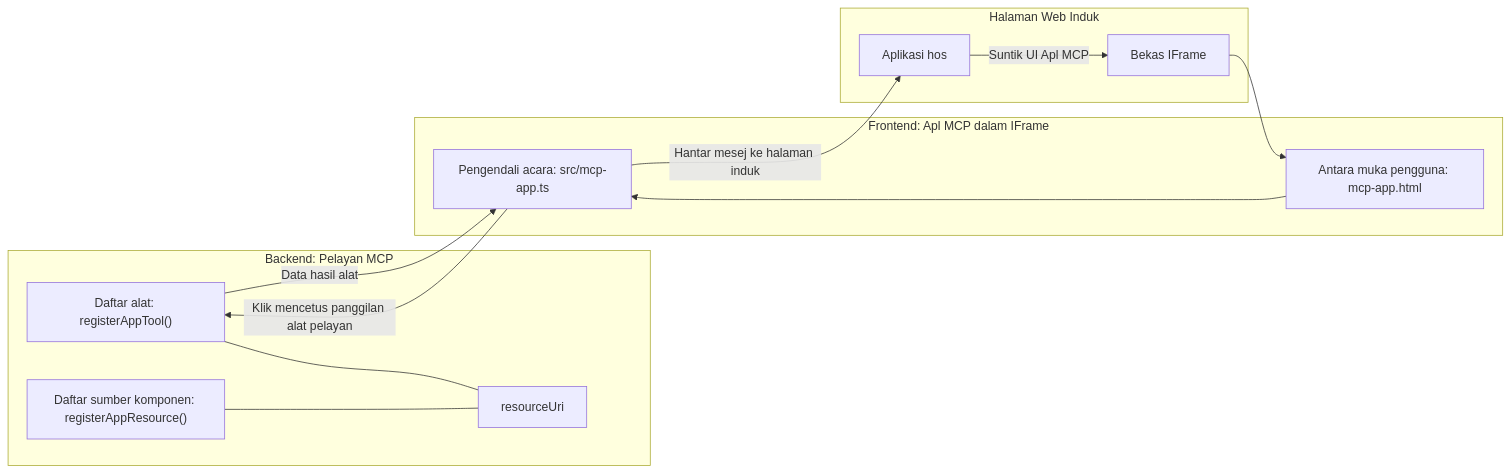
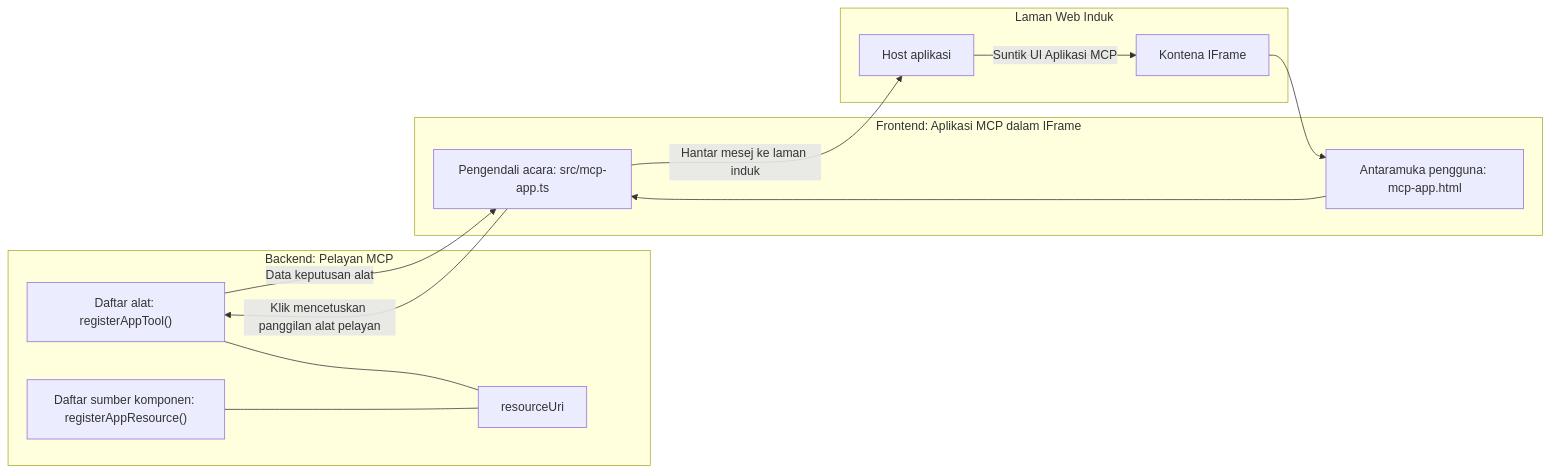
The diagram in mcp_ecosystem__model_context_protocol/mcp_learning_resources/mcp-for-beginners/translations/ms/03-GettingStarted/15-mcp-apps/README.md (HIDORAKAI002/ai-workspace-archive), drawn with Mermaid before and after one commit. The commit also changed other lines of this file and 1160 other files, not shown here.

````diff
--- a/mcp_ecosystem__model_context_protocol/mcp_learning_resources/mcp-for-beginners/translations/ms/03-GettingStarted/15-mcp-apps/README.md
+++ b/mcp_ecosystem__model_context_protocol/mcp_learning_resources/mcp-for-beginners/translations/ms/03-GettingStarted/15-mcp-apps/README.md
@@ -32,27 +32,27 @@
 ```mermaid
 flowchart LR
   subgraph Backend[Backend: Pelayan MCP]
     T["Daftar alat: registerAppTool()"]
     C["Daftar sumber komponen: registerAppResource()"]
     U[resourceUri]
     T --- U
     C --- U
   end
 
-  subgraph Parent[Halaman Web Induk]
-    H[Aplikasi hos]
-    IFRAME[Bekas IFrame]
-    H -->|Suntik UI Apl MCP| IFRAME
+  subgraph Parent[Laman Web Induk]
+    H[Host aplikasi]
+    IFRAME[Kontena IFrame]
+    H -->|Suntik UI Aplikasi MCP| IFRAME
   end
 
-  subgraph Frontend[Frontend: Apl MCP dalam IFrame]
-    UI["Antara muka pengguna: mcp-app.html"]
+  subgraph Frontend[Frontend: Aplikasi MCP dalam IFrame]
+    UI["Antaramuka pengguna: mcp-app.html"]
     EH["Pengendali acara: src/mcp-app.ts"]
     UI --> EH
   end
 
   IFRAME --> UI
-  EH -->|Klik mencetus panggilan alat pelayan| T
-  T -->|Data hasil alat| EH
-  EH -->|Hantar mesej ke halaman induk| H
+  EH -->|Klik mencetuskan panggilan alat pelayan| T
+  T -->|Data keputusan alat| EH
+  EH -->|Hantar mesej ke laman induk| H
 ```
````
